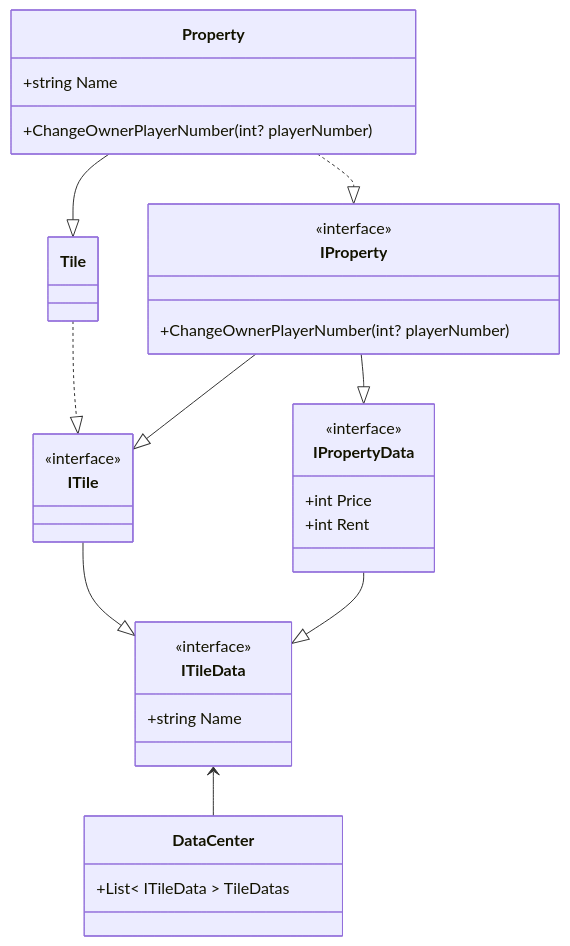
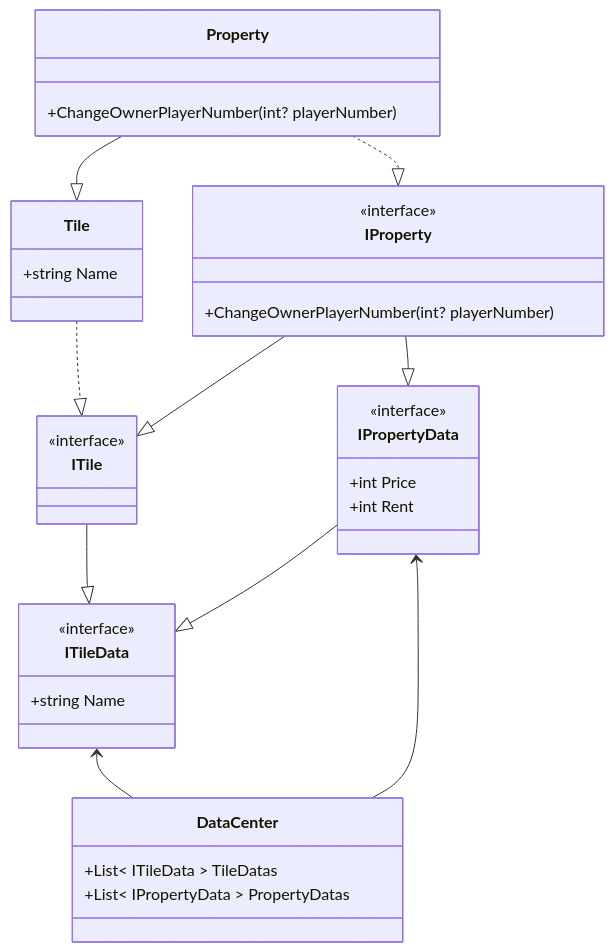
The diagram in UML/ClassDiagrams/InterfaceSegregationClassDiagram.md (crimson206/MonopolyWithCSharp), drawn with Mermaid before and after one commit.

Commit message:
UML : editted DataCenter's dependency

````diff
--- a/UML/ClassDiagrams/InterfaceSegregationClassDiagram.md
+++ b/UML/ClassDiagrams/InterfaceSegregationClassDiagram.md
@@ -1,36 +1,40 @@
 ```mermaid
 classDiagram
 class Property{
+    +ChangeOwnerPlayerNumber(int? playerNumber)
+}
+class Tile{
     +string Name
-    +ChangeOwnerPlayerNumber(int? playerNumber)
 }
 class DataCenter{
     +List< ITileData > TileDatas
+    +List< IPropertyData > PropertyDatas
 }
 class IProperty{
     <<interface>>
     +ChangeOwnerPlayerNumber(int? playerNumber)
 }
 class IPropertyData{
     <<interface>>
     +int Price
     +int Rent
 }
 class ITile{
     <<interface>>
 }
 class ITileData{
     <<interface>>
     +string Name
 }
 
 Tile ..|> ITile
 ITile --|> ITileData
 Property --|> Tile
 IProperty --|> IPropertyData
 IProperty --|> ITile
 IPropertyData --|> ITileData
 Property ..|> IProperty
 
 ITileData <-- DataCenter
+IPropertyData <-- DataCenter
 ```
````
